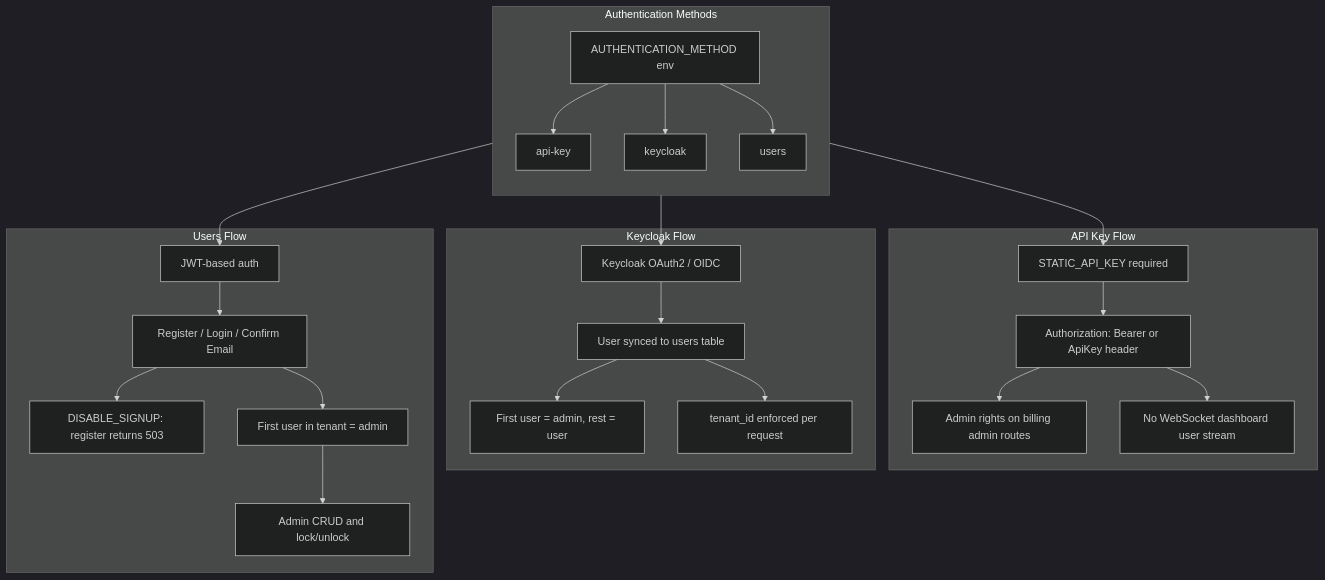
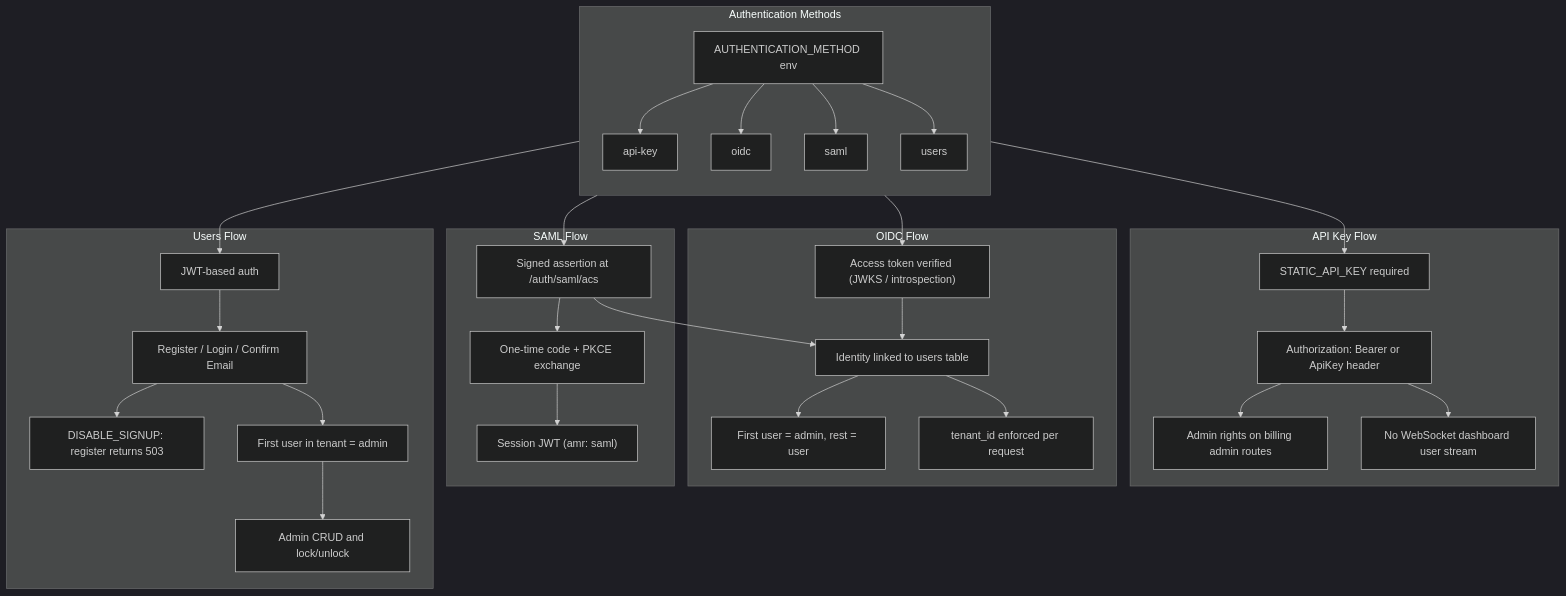
One commit to forepath/one changed the diagram in docs/decabill/features/authentication.md. Above: the diagram before and after it, drawn with Mermaid (dark theme). The commit also changed other lines of this file and 402 other files, not shown here.

First line of the commit message:
feat(shared)!: native oidc and saml support (#724)

````diff
--- a/docs/decabill/features/authentication.md
+++ b/docs/decabill/features/authentication.md
@@ -334,32 +407,40 @@
 ```mermaid
 flowchart TB
     subgraph AUTH["Authentication Methods"]
         direction TB
         AUTH_METHOD["AUTHENTICATION_METHOD env"]
         AUTH_METHOD --> API_KEY["api-key"]
-        AUTH_METHOD --> KEYCLOAK["keycloak"]
+        AUTH_METHOD --> OIDC["oidc"]
+        AUTH_METHOD --> SAML["saml"]
         AUTH_METHOD --> USERS["users"]
     end
 
     subgraph API_KEY_FLOW["API Key Flow"]
         API_KEY --> AK1["STATIC_API_KEY required"]
         AK1 --> AK2["Authorization: Bearer or ApiKey header"]
         AK2 --> AK3["Admin rights on billing admin routes"]
         AK2 --> AK4["No WebSocket dashboard user stream"]
     end
 
-    subgraph KEYCLOAK_FLOW["Keycloak Flow"]
-        KEYCLOAK --> KC1["Keycloak OAuth2 / OIDC"]
-        KC1 --> KC2["User synced to users table"]
+    subgraph OIDC_FLOW["OIDC Flow"]
+        OIDC --> KC1["Access token verified (JWKS / introspection)"]
+        KC1 --> KC2["Identity linked to users table"]
         KC2 --> KC3["First user = admin, rest = user"]
         KC2 --> KC4["tenant_id enforced per request"]
+    end
+
+    subgraph SAML_FLOW["SAML Flow"]
+        SAML --> SF1["Signed assertion at /auth/saml/acs"]
+        SF1 --> SF2["One-time code + PKCE exchange"]
+        SF2 --> SF3["Session JWT (amr: saml)"]
+        SF1 --> KC2
     end
 
     subgraph USERS_FLOW["Users Flow"]
         USERS --> UF1["JWT-based auth"]
         UF1 --> UF2["Register / Login / Confirm Email"]
         UF2 --> UF3["DISABLE_SIGNUP: register returns 503"]
         UF2 --> UF4["First user in tenant = admin"]
         UF4 --> UF5["Admin CRUD and lock/unlock"]
     end
 ```
````
